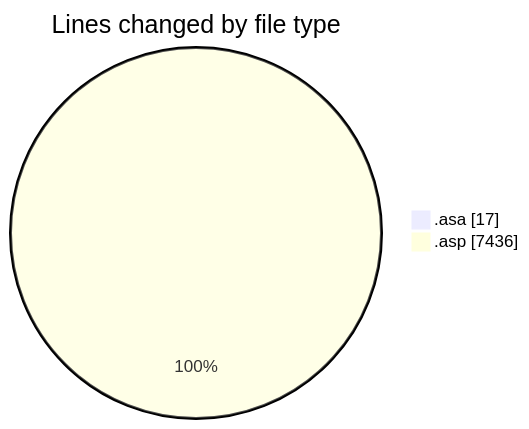
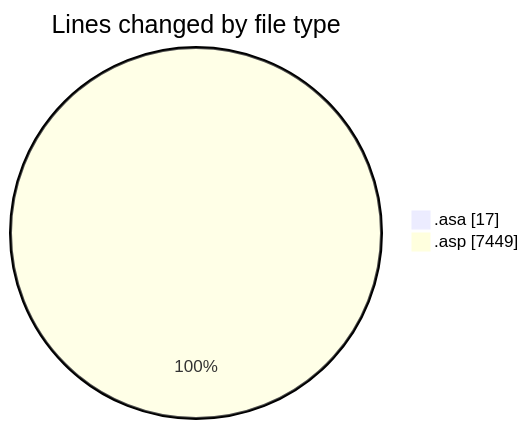
Before and after one commit to julien-gomy/code-tracking: the first of 2 diagrams in 2025-11-06/usr_aleoudev_fr__workspace_/README.md, drawn with Mermaid. The commit also changed other lines of this file and 1 other file, not shown here.

````diff
--- a/2025-11-06/usr_aleoudev_fr__workspace_/README.md
+++ b/2025-11-06/usr_aleoudev_fr__workspace_/README.md
@@ -24,6 +24,6 @@
 ```mermaid
 pie showData
 title Lines changed by file type
 ".asa" : 17
-".asp" : 7436
+".asp" : 7449
 ```
````
